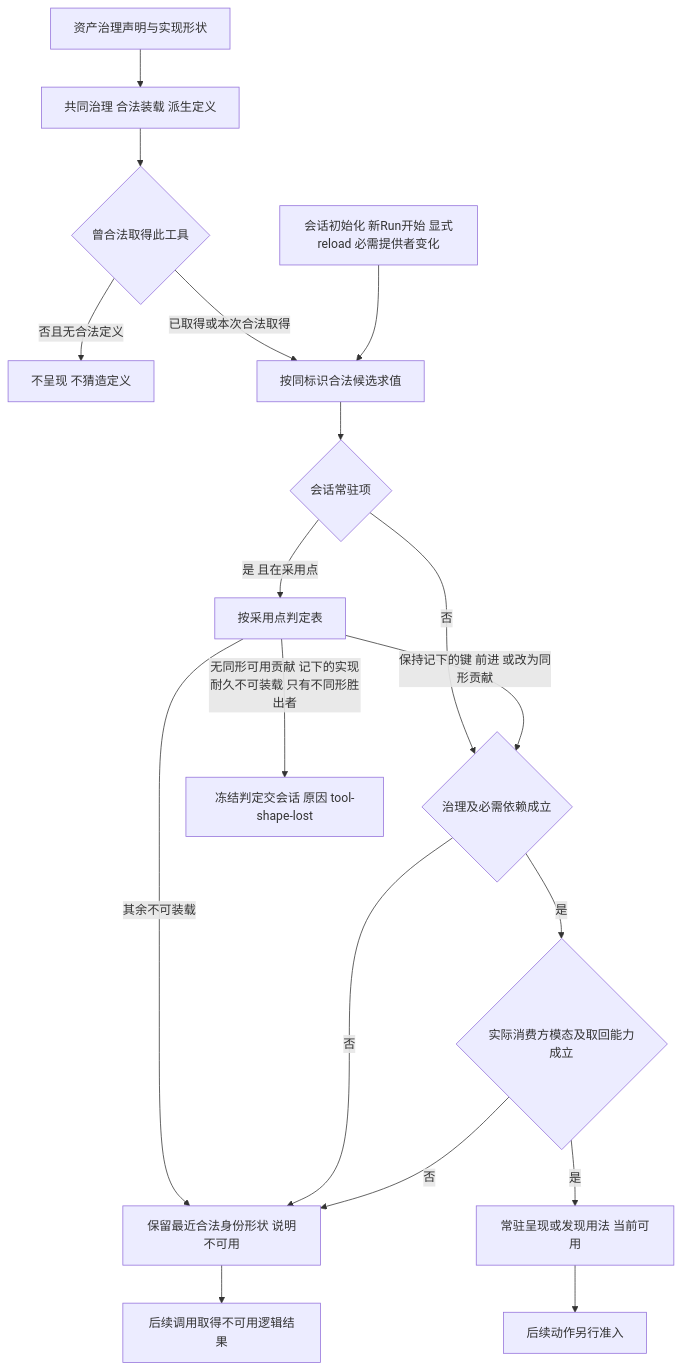
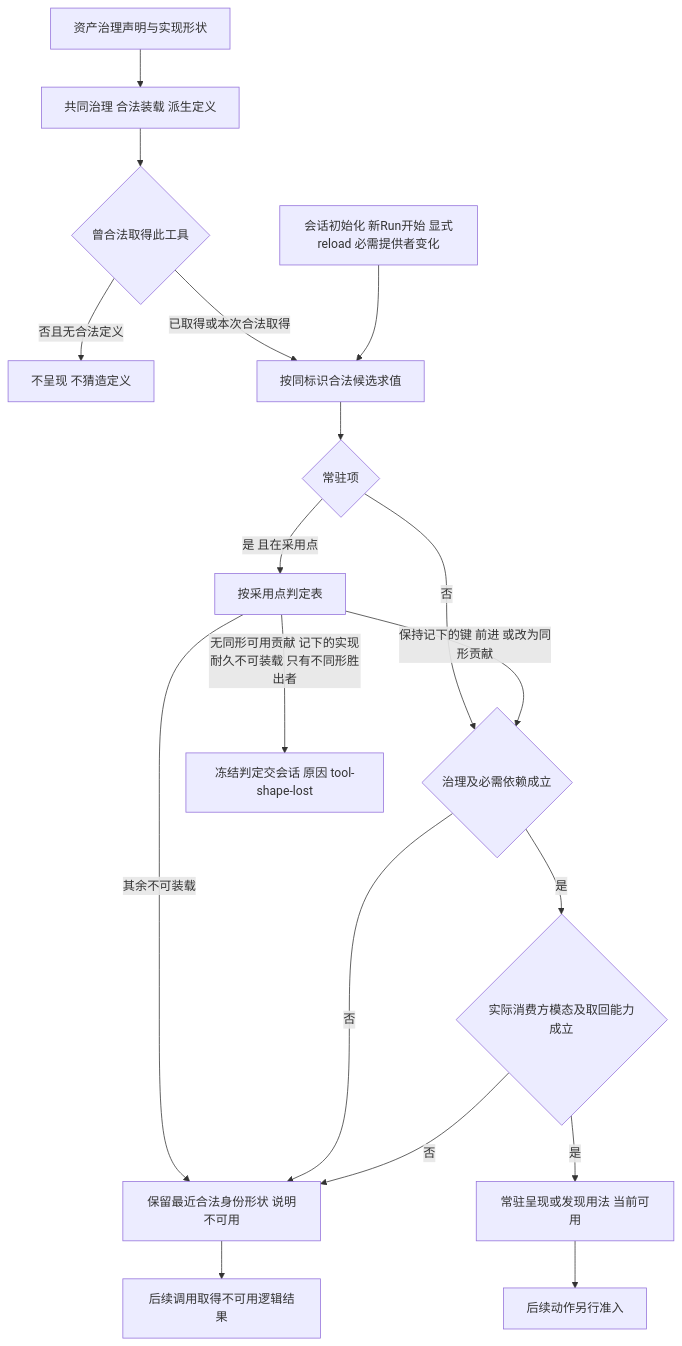
The tenth of 16 diagrams in packages/tool/tool-contract/docs/flows.md (nemori-ai/omne-harness-lite), drawn with Mermaid before and after one commit. The commit also changed other lines of this file and 10 other files, not shown here.

````diff
--- a/packages/tool/tool-contract/docs/flows.md
+++ b/packages/tool/tool-contract/docs/flows.md
@@ -398,20 +398,20 @@
 ```mermaid
 flowchart TD
     D[资产治理声明与实现形状] --> G[共同治理 合法装载 派生定义]
     G --> K{曾合法取得此工具}
     K -->|否且无合法定义| Hide[不呈现 不猜造定义]
     K -->|已取得或本次合法取得| S[按同标识合法候选求值]
-    S --> R{会话常驻项}
+    S --> R{常驻项}
     R -->|否| A{治理及必需依赖成立}
     R -->|是 且在采用点| J[按采用点判定表]
     J -->|保持记下的键 前进 或改为同形贡献| A
     J -->|无同形可用贡献 记下的实现耐久不可装载 只有不同形胜出者| Freeze[冻结判定交会话 原因 tool-shape-lost]
     J -->|其余不可装载| U
     A -->|否| U[保留最近合法身份形状 说明不可用]
     A -->|是| M{实际消费方模态及取回能力成立}
     M -->|否| U
     M -->|是| P[常驻呈现或发现用法 当前可用]
     Change[会话初始化 新Run开始 显式reload 必需提供者变化] --> S
     P --> Call[后续动作另行准入]
     U --> Dummy[后续调用取得不可用逻辑结果]
 ```
````
